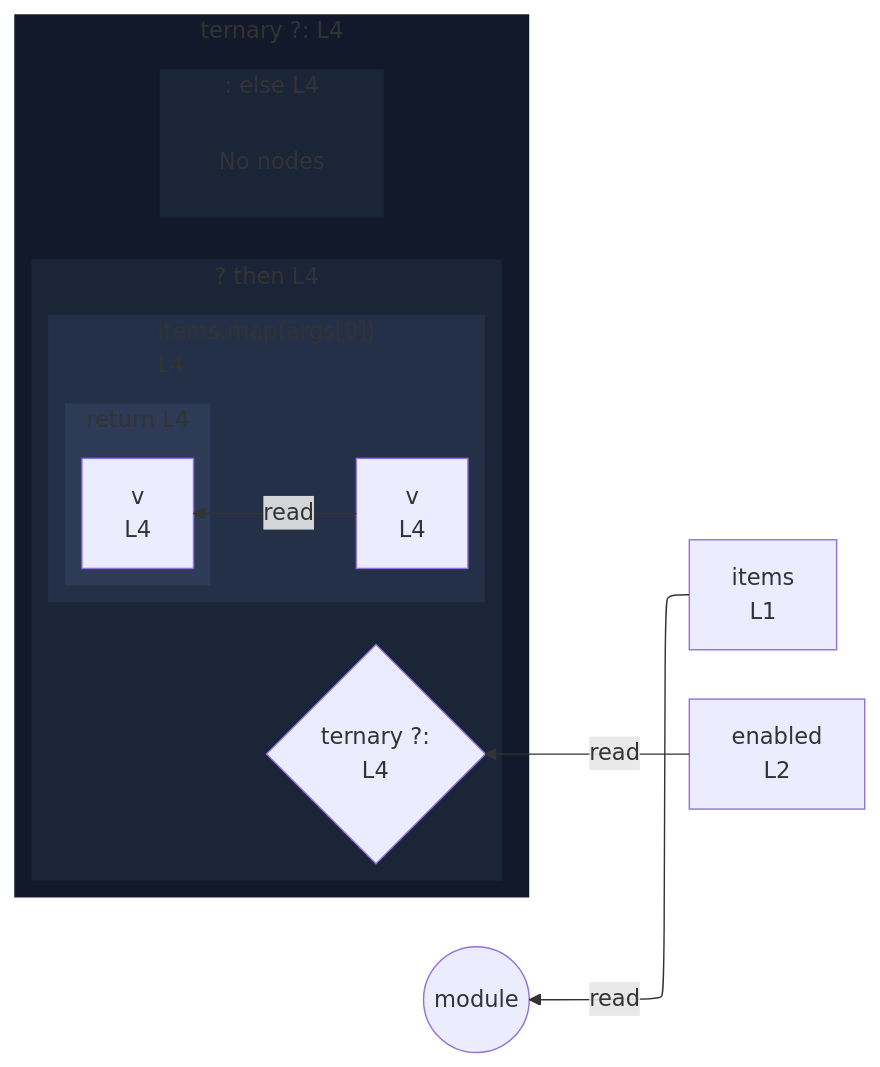
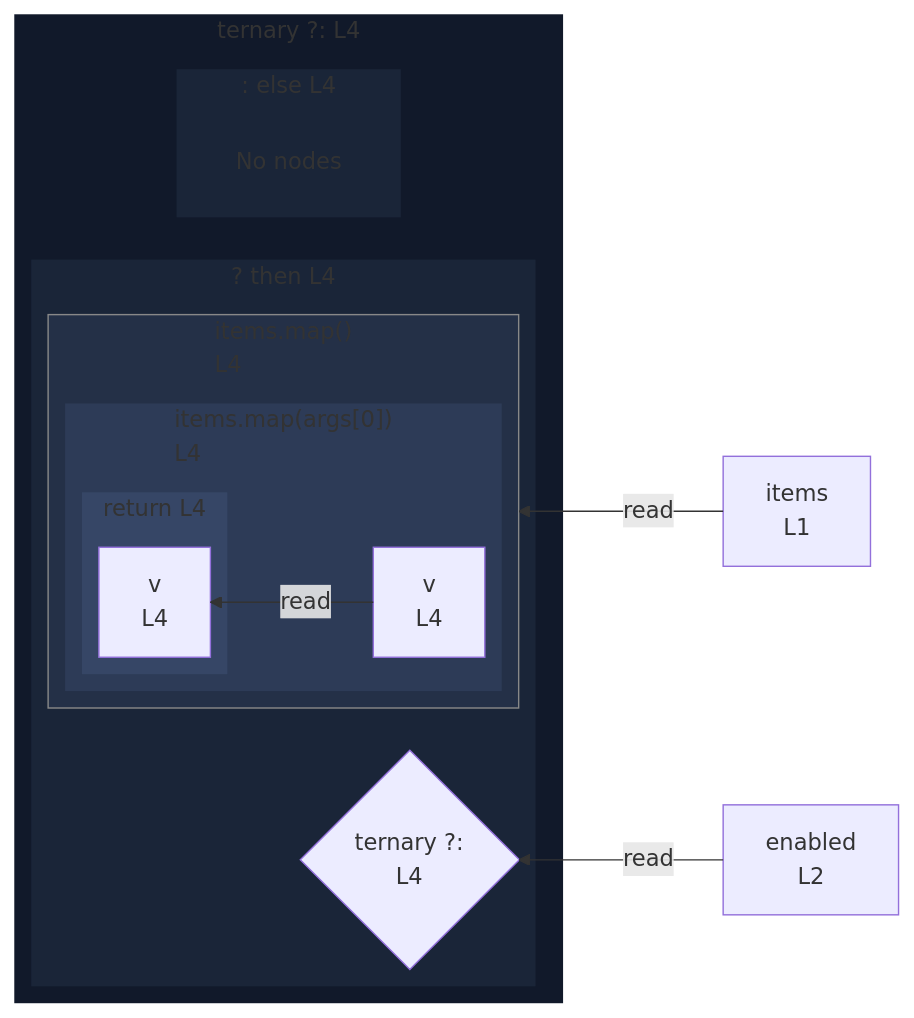
Before and after one commit to crescware/unsnarl: the diagram in integration/fixtures/expression-statement/conditional-with-callback/preview.md, drawn with Mermaid. The commit also changed 15 other files, not shown here.

````diff
--- a/integration/fixtures/expression-statement/conditional-with-callback/preview.md
+++ b/integration/fixtures/expression-statement/conditional-with-callback/preview.md
@@ -14,40 +14,46 @@
 ```mermaid
 %%{init: {"flowchart": {"defaultRenderer": "elk"}}}%%
 flowchart RL
   n_scope_0_items_6["items<br/>L1"]
   n_scope_0_enabled_31["enabled<br/>L2"]
   subgraph cont_ternary_scope_0_48["ternary ?: L4"]
     direction RL
     subgraph s_scope_1["? then L4"]
       direction RL
       ternary_test_scope_0_48{"ternary ?:<br/>L4"}
-      subgraph s_scope_2["items.map(args[0])<br/>L4"]
+      subgraph expr_stmt_48["items.map()<br/>L4"]
         direction RL
-        n_scope_2_v_69["v<br/>L4"]
-        subgraph s_return_scope_2_75_80["return L4"]
+        subgraph s_scope_2["items.map(args[0])<br/>L4"]
           direction RL
-          ret_use_ref_4["v<br/>L4"]
+          n_scope_2_v_69["v<br/>L4"]
+          subgraph s_return_scope_2_75_80["return L4"]
+            direction RL
+            ret_use_ref_4["v<br/>L4"]
+          end
         end
       end
     end
     subgraph s_scope_3[": else L4"]
       direction RL
       elk_empty_s_scope_3["No nodes"]
     end
   end
   n_scope_0_enabled_31 -->|read| ternary_test_scope_0_48
-  n_scope_0_items_6 -->|read| module_root
+  n_scope_0_items_6 -->|read| expr_stmt_48
   n_scope_2_v_69 -->|read| ret_use_ref_4
-  module_root((module))
   classDef nestL1 fill:#11192a,stroke:transparent;
   class cont_ternary_scope_0_48 nestL1;
   classDef nestL2 fill:#1a2538,stroke:transparent;
   class s_scope_1 nestL2;
   class s_scope_3 nestL2;
   classDef nestL3 fill:#243047,stroke:transparent;
-  class s_scope_2 nestL3;
+  class expr_stmt_48 nestL3;
   classDef nestL4 fill:#2d3b57,stroke:transparent;
-  class s_return_scope_2_75_80 nestL4;
+  class s_scope_2 nestL4;
+  classDef nestL5 fill:#364666,stroke:transparent;
+  class s_return_scope_2_75_80 nestL5;
+  classDef edgeTargetSubgraph stroke:#888;
+  class expr_stmt_48 edgeTargetSubgraph;
   classDef elkEmptyPlaceholder fill:transparent,stroke:transparent;
   class elk_empty_s_scope_3 elkEmptyPlaceholder;
 ```
````
